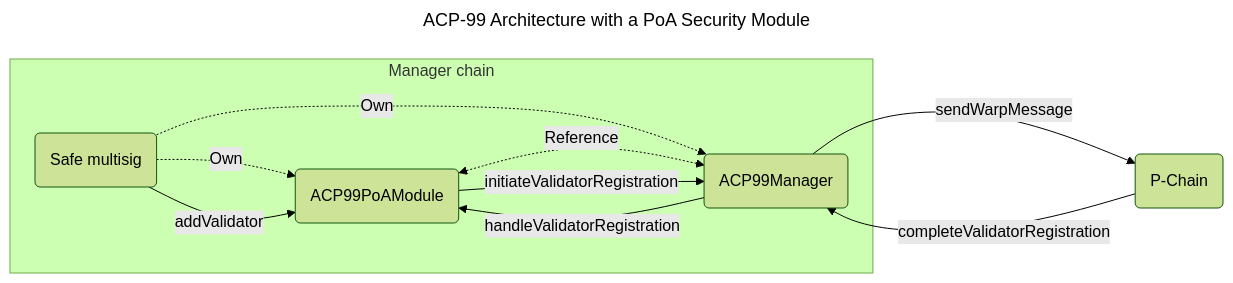
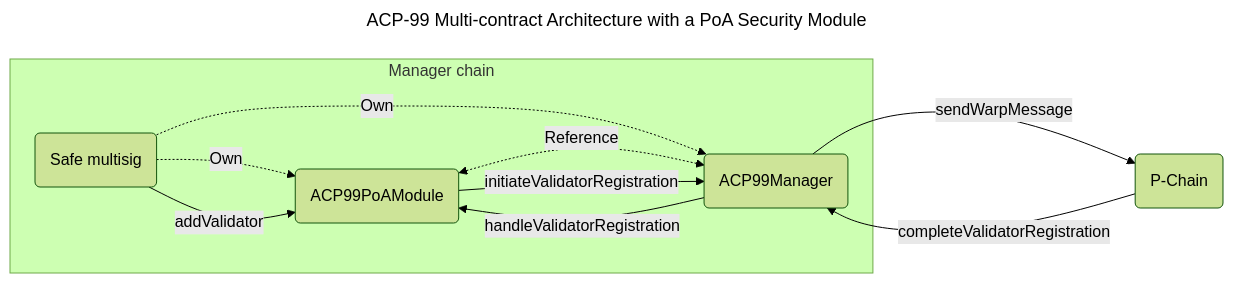
The first of 2 diagrams in ACPs/99-validatorsetmanager-contract/README.md (avalanche-foundation/ACPs), drawn with Mermaid (forest theme) before and after one commit. The commit also changed other lines of this file, not shown here.

First line of the commit message:
[ACP-99] Specify a standard `ACP99Manager` abstract contract (#170)

````diff
--- a/ACPs/99-validatorsetmanager-contract/README.md
+++ b/ACPs/99-validatorsetmanager-contract/README.md
@@ -370,24 +302,24 @@
 ```mermaid
 ---
-title: ACP-99 Architecture with a PoA Security Module
+title: ACP-99 Multi-contract Architecture with a PoA Security Module
 ---
 graph LR
   Safe(Safe multisig)
   SecurityModule(ACP99PoAModule)
   Manager(ACP99Manager)
   P(P-Chain)
 
   subgraph "Manager chain"
     Safe
     SecurityModule
     Manager
   end
   Safe -.->|Own| SecurityModule
   Safe -.->|Own| Manager
   SecurityModule <-.->|Reference| Manager
   Safe -->|addValidator| SecurityModule
   SecurityModule -->|initiateValidatorRegistration| Manager
   Manager -->|sendWarpMessage| P
   P -->|completeValidatorRegistration| Manager
   Manager -->|handleValidatorRegistration| SecurityModule
 ```
````
